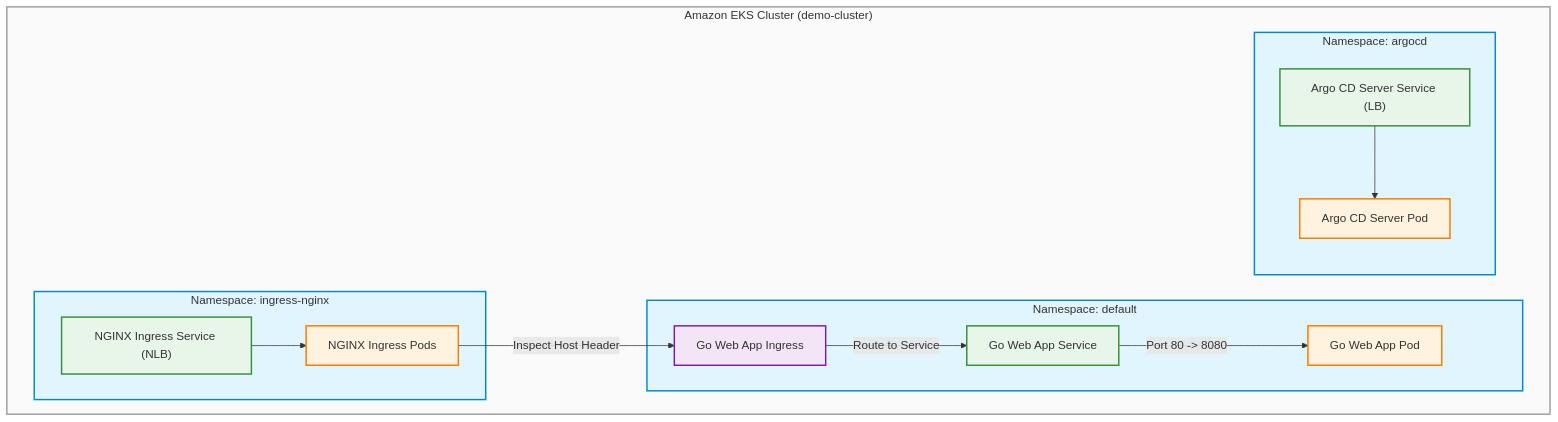
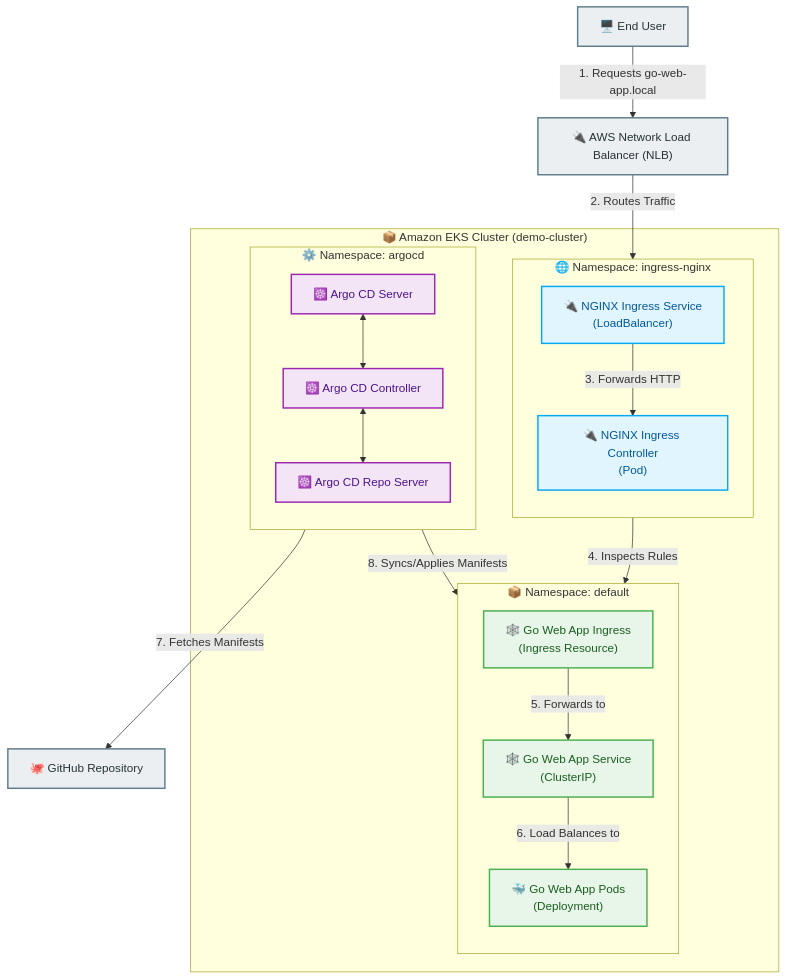
One commit to Sanket006/golang-eks-gitops-pipeline changed the third of 3 diagrams in docs/architecture-diagrams.md. Above: the diagram before and after it, drawn with Mermaid. The commit also changed other lines of this file, not shown here.

Commit message:
docs: add architecture diagrams and workflow explanations

````diff
--- a/docs/architecture-diagrams.md
+++ b/docs/architecture-diagrams.md
@@ -117,39 +131,51 @@
 ```mermaid
-graph TD
-    %% Styling definitions
-    classDef svc fill:#e8f5e9,stroke:#388e3c,stroke-width:2px
-    classDef pod fill:#fff3e0,stroke:#f57c00,stroke-width:2px
-    classDef ing fill:#f3e5f5,stroke:#7b1fa2,stroke-width:2px
+flowchart TD
+    classDef ext fill:#eceff1,stroke:#607d8b,stroke-width:2px,color:#263238;
+    classDef ing fill:#e1f5fe,stroke:#03a9f4,stroke-width:2px,color:#01579b;
+    classDef app fill:#e8f5e9,stroke:#4caf50,stroke-width:2px,color:#1b5e20;
+    classDef cd fill:#f3e5f5,stroke:#9c27b0,stroke-width:2px,color:#4a148c;
 
-    subgraph Cluster["Amazon EKS Cluster (demo-cluster)"]
+    User["🖥️ End User"]:::ext
+    NLB["🔌 AWS Network Load Balancer (NLB)"]:::ext
+    Git["🐙 GitHub Repository"]:::ext
+
+    subgraph Cluster ["📦 Amazon EKS Cluster (demo-cluster)"]
         
-        subgraph NS_Ingress["Namespace: ingress-nginx"]
-            IngressSvc["NGINX Ingress Service (NLB)"]:::svc
-            IngressPod["NGINX Ingress Pods"]:::pod
+        subgraph NS_Ingress ["🌐 Namespace: ingress-nginx"]
+            direction TB
+            IngSvc["🔌 NGINX Ingress Service<br>(LoadBalancer)"]:::ing
+            IngCtrl["🔌 NGINX Ingress Controller<br>(Pod)"]:::ing
         end
-
-        subgraph NS_App["Namespace: default"]
-            AppIngress["Go Web App Ingress"]:::ing
-            AppSvc["Go Web App Service"]:::svc
-            AppPod["Go Web App Pod"]:::pod
+        
+        subgraph NS_App ["📦 Namespace: default"]
+            direction TB
+            IngRes["🕸️ Go Web App Ingress<br>(Ingress Resource)"]:::app
+            AppSvc["🕸️ Go Web App Service<br>(ClusterIP)"]:::app
+            AppPods["🐳 Go Web App Pods<br>(Deployment)"]:::app
         end
-
-        subgraph NS_ArgoCD["Namespace: argocd"]
-            ArgoSvc["Argo CD Server Service (LB)"]:::svc
-            ArgoServer["Argo CD Server Pod"]:::pod
+        
+        subgraph NS_ArgoCD ["⚙️ Namespace: argocd"]
+            direction TB
+            ArgoController["☸️ Argo CD Controller"]:::cd
+            ArgoServer["☸️ Argo CD Server"]:::cd
+            ArgoRepo["☸️ Argo CD Repo Server"]:::cd
         end
-
+        
     end
 
-    %% Apply compatible styling to subgraphs
-    style Cluster fill:#fafafa,stroke:#9e9e9e,stroke-width:2px
-    style NS_Ingress fill:#e1f5fe,stroke:#0288d1,stroke-width:2px
-    style NS_App fill:#e1f5fe,stroke:#0288d1,stroke-width:2px
-    style NS_ArgoCD fill:#e1f5fe,stroke:#0288d1,stroke-width:2px
-
-    IngressSvc --> IngressPod
-    IngressPod -- "Inspect Host Header" --> AppIngress
-    AppIngress -- "Route to Service" --> AppSvc
-    AppSvc -- "Port 80 -> 8080" --> AppPod
-    ArgoSvc --> ArgoServer
+    %% External to Cluster Flow
+    User -->|1. Requests go-web-app.local| NLB
+    NLB -->|2. Routes Traffic| IngSvc
+    IngSvc -->|3. Forwards HTTP| IngCtrl
+    
+    %% Ingress to App Flow
+    IngCtrl -->|4. Inspects Rules| IngRes
+    IngRes -->|5. Forwards to| AppSvc
+    AppSvc -->|6. Load Balances to| AppPods
+    
+    %% Argo CD Flow
+    ArgoServer <--> ArgoController
+    ArgoController <--> ArgoRepo
+    ArgoRepo -->|7. Fetches Manifests| Git
+    ArgoController -->|8. Syncs/Applies Manifests| NS_App
 ```
````
